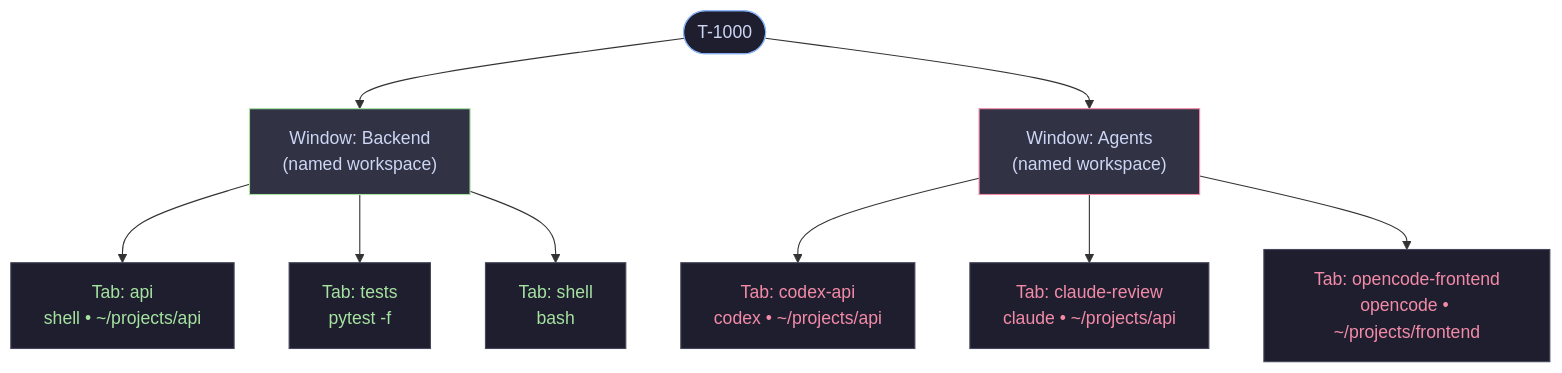
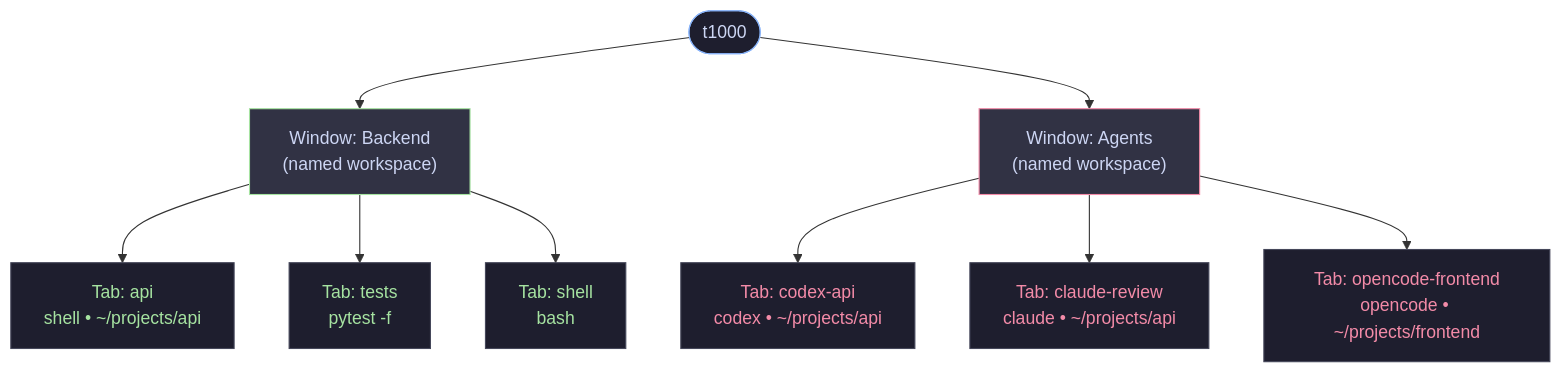
Before and after one commit to streetquant/TerminalBrowser: the diagram in README.md, drawn with Mermaid. The commit also changed other lines of this file and 38 other files, not shown here.

````diff
--- a/README.md
+++ b/README.md
@@ -15,25 +15,25 @@
 ```mermaid
 flowchart TD
-    App(["T-1000"])
+    App(["t1000"])
 
     App --> W1["Window: Backend\n(named workspace)"]
     App --> W2["Window: Agents\n(named workspace)"]
 
     W1 --> T1["Tab: api\nshell • ~/projects/api"]
     W1 --> T2["Tab: tests\npytest -f"]
     W1 --> T3["Tab: shell\nbash"]
 
     W2 --> T4["Tab: codex-api\ncodex • ~/projects/api"]
     W2 --> T5["Tab: claude-review\nclaude • ~/projects/api"]
     W2 --> T6["Tab: opencode-frontend\nopencode • ~/projects/frontend"]
 
     style App fill:#1e1e2e,color:#cdd6f4,stroke:#89b4fa
     style W1 fill:#313244,color:#cdd6f4,stroke:#a6e3a1
     style W2 fill:#313244,color:#cdd6f4,stroke:#f38ba8
     style T1 fill:#1e1e2e,color:#a6e3a1,stroke:#45475a
     style T2 fill:#1e1e2e,color:#a6e3a1,stroke:#45475a
     style T3 fill:#1e1e2e,color:#a6e3a1,stroke:#45475a
     style T4 fill:#1e1e2e,color:#f38ba8,stroke:#45475a
     style T5 fill:#1e1e2e,color:#f38ba8,stroke:#45475a
     style T6 fill:#1e1e2e,color:#f38ba8,stroke:#45475a
 ```
````
